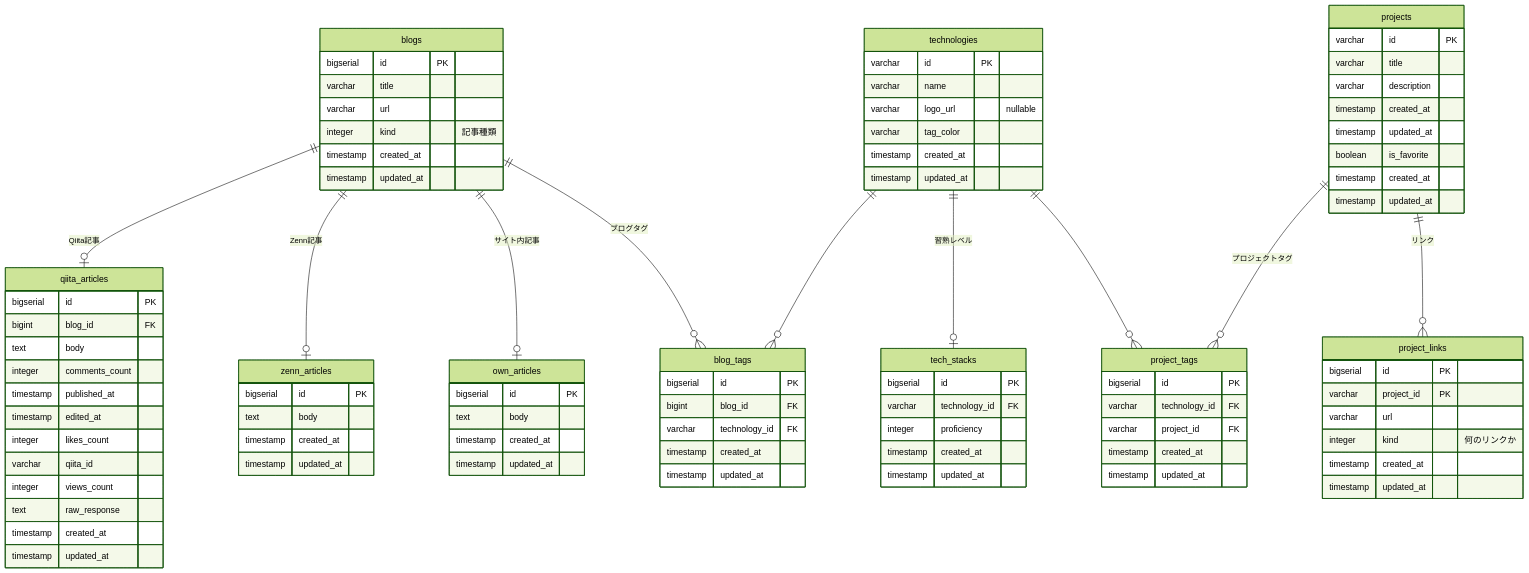
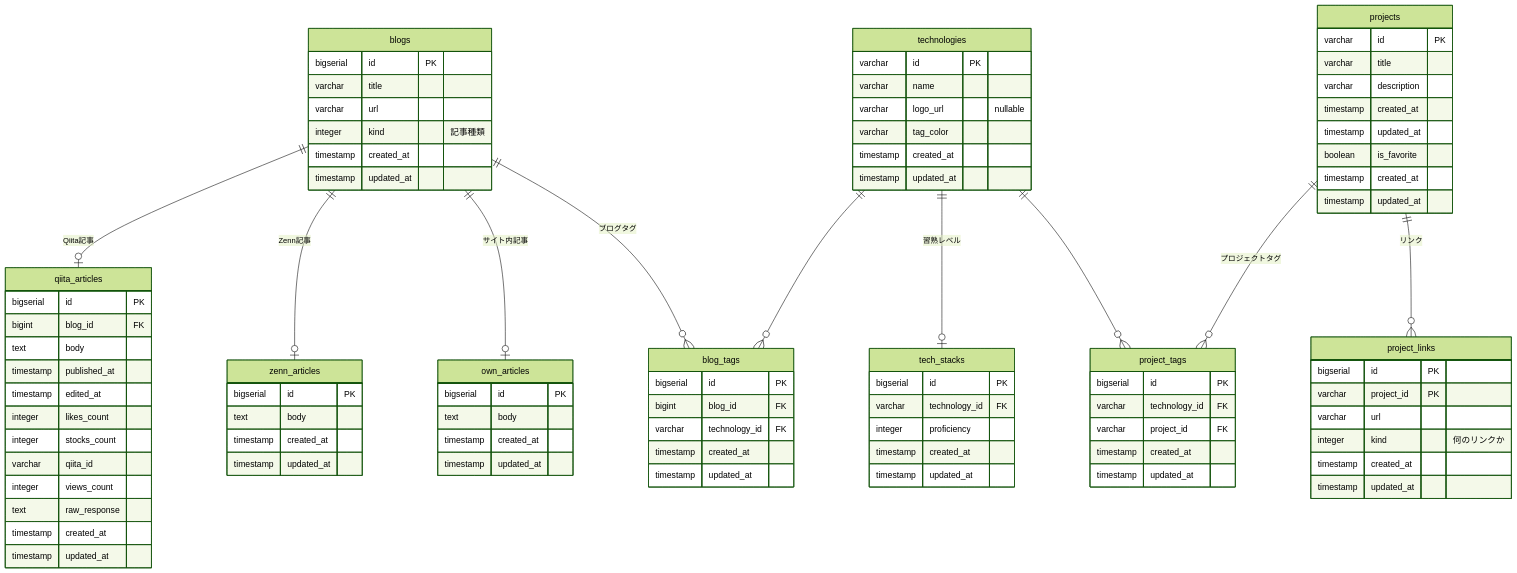
Before and after one commit to piny940/portfolio: the diagram in db/er/portfolio.md, drawn with Mermaid (forest theme).

Commit message:
ER図を修正

```diff
--- a/db/er/portfolio.md
+++ b/db/er/portfolio.md
@@ -37,10 +37,10 @@
     bigserial id PK
     bigint blog_id FK
     text body
-    integer comments_count
     timestamp published_at
     timestamp edited_at
     integer likes_count
+    integer stocks_count
     varchar qiita_id
     integer views_count
     text raw_response
```
